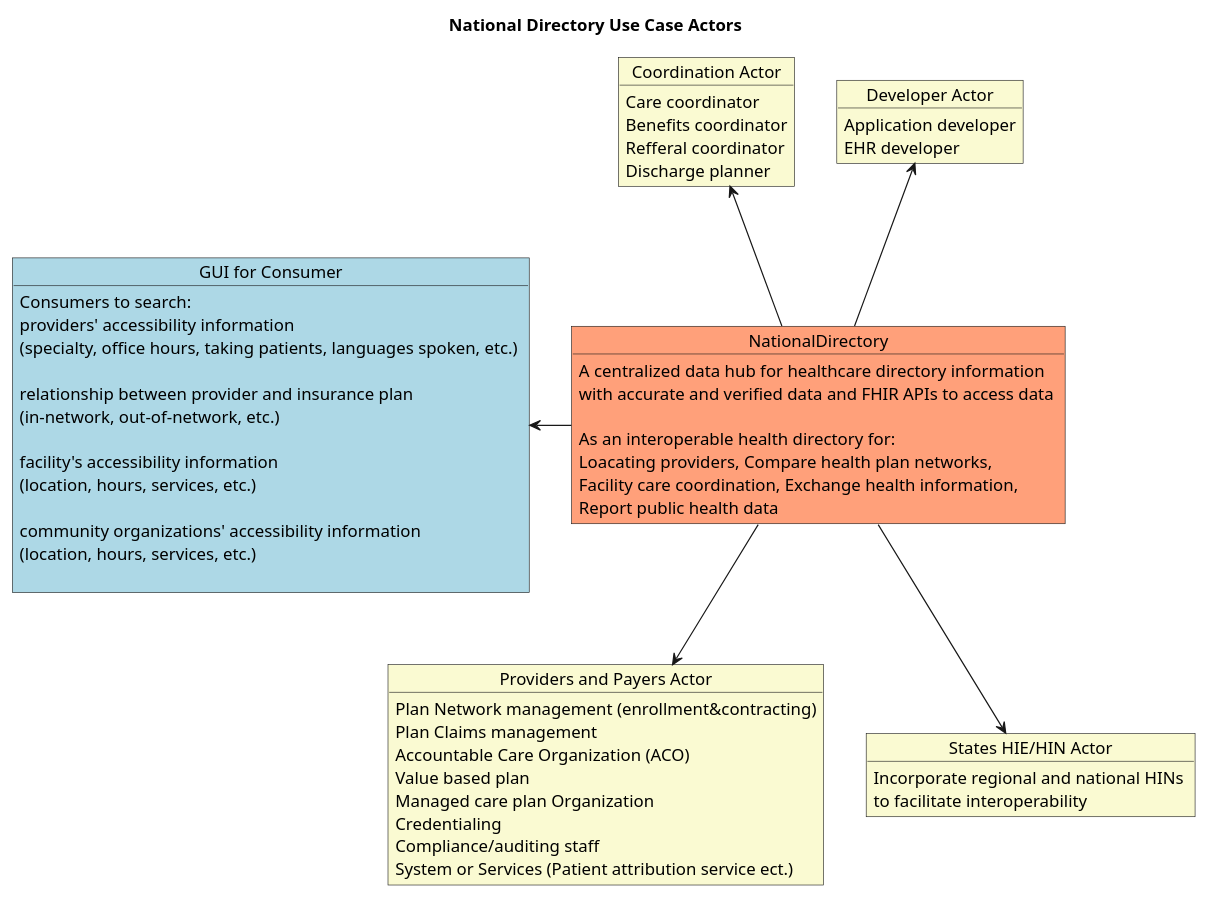
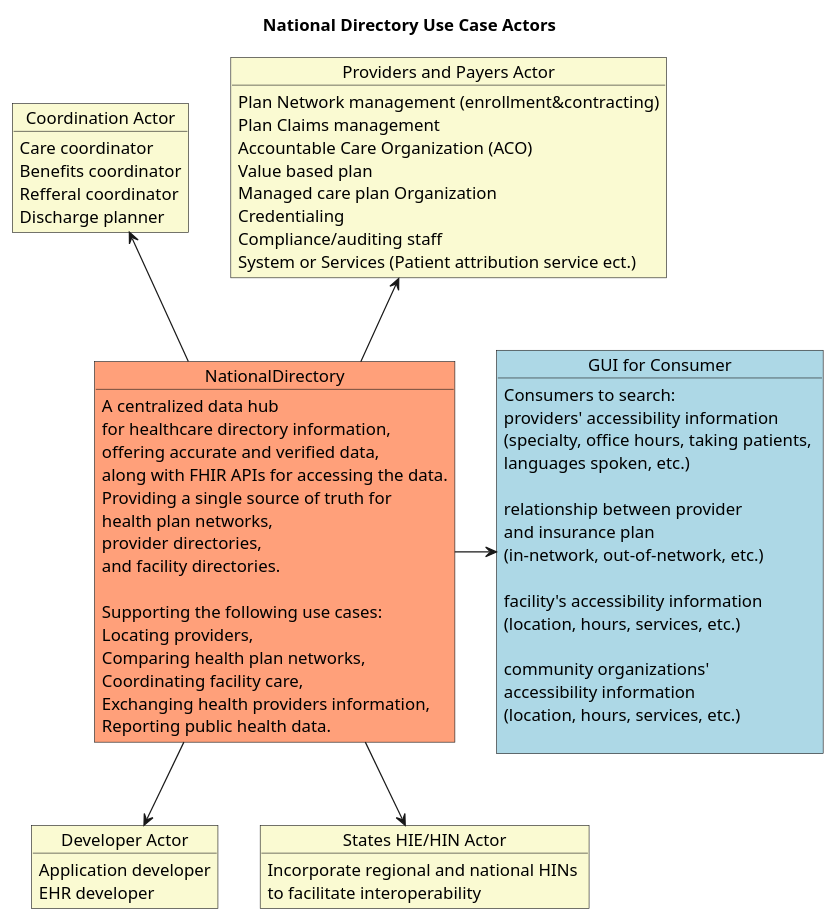
The diagram in input/images-source/Ndh-usecase-actor.plantuml (HL7/fhir-us-ndh), drawn with PlantUML before and after one commit. The commit also changed 1 other file, not shown here.

Commit message:
update diagram

```diff
--- a/input/images-source/Ndh-usecase-actor.plantuml
+++ b/input/images-source/Ndh-usecase-actor.plantuml
@@ -1,56 +1,59 @@
 @startuml
 
 title National Directory Use Case Actors
 
 Object "GUI for Consumer" as GUI #LightBlue
 Object "Coordination Actor" as Coordination #LightGoldenRodYellow
 Coordination :  Care coordinator
 Coordination :  Benefits coordinator
 Coordination :  Refferal coordinator
 Coordination :  Discharge planner
 
 
 Object "Providers and Payers Actor" as Payer2 #LightGoldenRodYellow
 Payer2 : Plan Network management (enrollment&contracting)
 Payer2 : Plan Claims management
 Payer2 : Accountable Care Organization (ACO)
 Payer2 : Value based plan
 Payer2 : Managed care plan Organization
 Payer2 : Credentialing
 Payer2 : Compliance/auditing staff
 Payer2 : System or Services (Patient attribution service ect.)
 
 
 Object "Developer Actor" as AppDeveloper #LightGoldenRodYellow
 AppDeveloper :  Application developer
 AppDeveloper :  EHR developer
 
 Object NationalDirectory #LightSalmon
-NationalDirectory :  A centralized data hub for healthcare directory information\nwith accurate and verified data and FHIR APIs to access data \n 
-NationalDirectory : As an interoperable health directory for:
-NationalDirectory : Loacating providers, Compare health plan networks, 
-NationalDirectory : Facility care coordination, Exchange health information,
-NationalDirectory : Report public health data
+NationalDirectory : A centralized data hub \nfor healthcare directory information,\noffering accurate and verified data, \nalong with FHIR APIs for accessing the data.
+NationalDirectory : Providing a single source of truth for \nhealth plan networks, \nprovider directories, \nand facility directories.\n 
+NationalDirectory : Supporting the following use cases:
+NationalDirectory : Locating providers, 
+NationalDirectory : Comparing health plan networks, 
+NationalDirectory : Coordinating facility care,
+NationalDirectory : Exchanging health providers information,
+NationalDirectory : Reporting public health data.
 
 Object "States HIE/HIN Actor" as States #LightGoldenRodYellow
 States : Incorporate regional and national HINs \nto facilitate interoperability
 
 
-GUI <- NationalDirectory
+GUI <-left- NationalDirectory
 GUI : Consumers to search:
-GUI : providers' accessibility information \n(specialty, office hours, taking patients, languages spoken, etc.) \n 
-GUI : relationship between provider and insurance plan \n(in-network, out-of-network, etc.) \n 
+GUI : providers' accessibility information \n(specialty, office hours, taking patients, \nlanguages spoken, etc.) \n 
+GUI : relationship between provider \nand insurance plan \n(in-network, out-of-network, etc.) \n 
 
 GUI : facility's accessibility information \n(location, hours, services, etc.)\n 
-GUI : community organizations' accessibility information \n(location, hours, services, etc.) \n
+GUI : community organizations' \naccessibility information \n(location, hours, services, etc.) \n
 
 
 
 NationalDirectory -down-> States
-NationalDirectory -up-> AppDeveloper
-NationalDirectory -down-> Payer2
+NationalDirectory -down-> AppDeveloper
+NationalDirectory -up-> Payer2
 
 NationalDirectory -up-> Coordination
 
 
 @enduml
```
